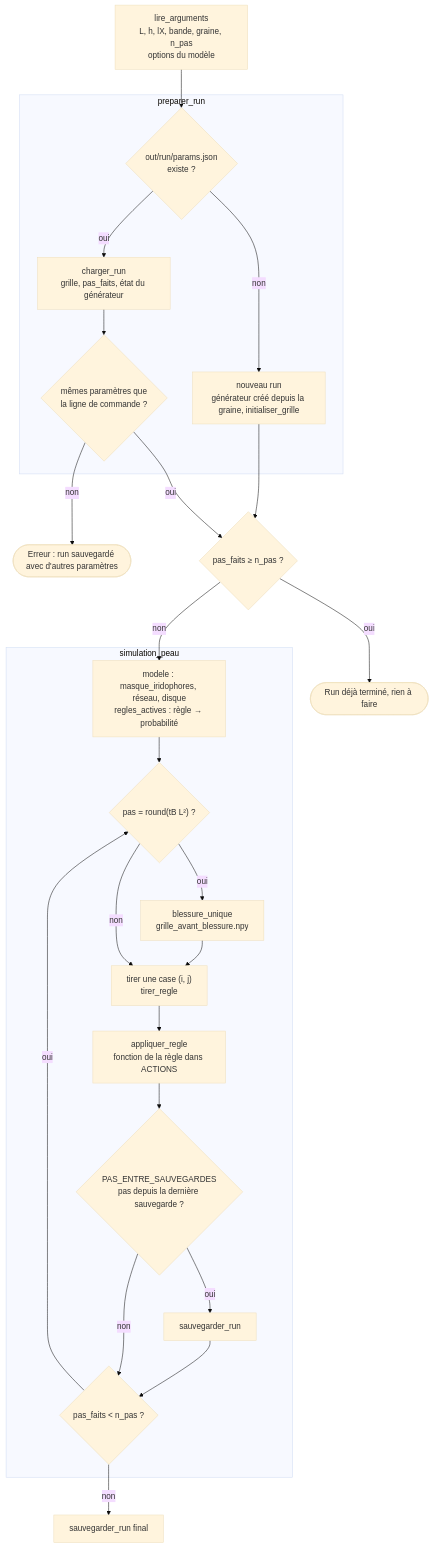
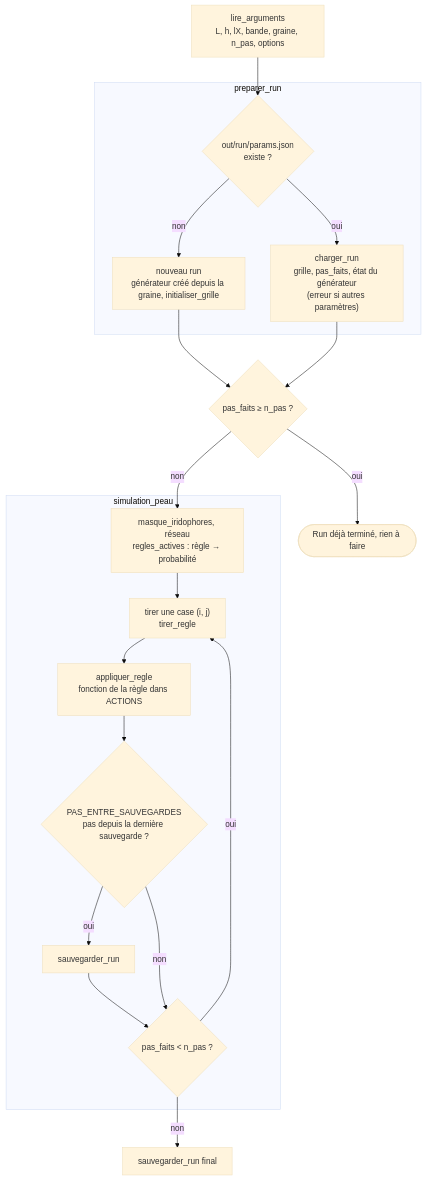
The third of 4 diagrams in slurm_pipeline/doc/architecture.md (Spc-Marcus/BIO-DYN-projet), drawn with Mermaid (base theme) before and after one commit. The commit also changed other lines of this file and 7 other files, not shown here.

````diff
--- a/slurm_pipeline/doc/architecture.md
+++ b/slurm_pipeline/doc/architecture.md
@@ -97,45 +97,36 @@
 ```mermaid
 flowchart TD
-    A["lire_arguments<br/>L, h, lX, bande, graine, n_pas<br/>options du modèle"]
+    A["lire_arguments<br/>L, h, lX, bande, graine, n_pas, options"]
 
     subgraph Prep["preparer_run"]
         B{"out/run/params.json<br/>existe ?"}
         C["nouveau run<br/>générateur créé depuis la graine, initialiser_grille"]
-        D["charger_run<br/>grille, pas_faits, état du générateur"]
-        V{"mêmes paramètres que<br/>la ligne de commande ?"}
+        D["charger_run<br/>grille, pas_faits, état du générateur<br/>(erreur si autres paramètres)"]
         B -->|"non"| C
-        B -->|"oui"| D --> V
+        B -->|"oui"| D
     end
 
-    ER(["Erreur : run sauvegardé avec d'autres paramètres"])
     E{"pas_faits ≥ n_pas ?"}
     Z(["Run déjà terminé, rien à faire"])
 
     subgraph Boucle["simulation_peau"]
-        MK["modele : masque_iridophores, réseau, disque<br/>regles_actives : règle → probabilité"]
-        BU{"pas = round(tB L²) ?"}
-        BL["blessure_unique<br/>grille_avant_blessure.npy"]
+        MK["masque_iridophores, réseau<br/>regles_actives : règle → probabilité"]
         T["tirer une case (i, j)<br/>tirer_regle"]
         AP["appliquer_regle<br/>fonction de la règle dans ACTIONS"]
         SV{"PAS_ENTRE_SAUVEGARDES<br/>pas depuis la dernière sauvegarde ?"}
         SR["sauvegarder_run"]
         FIN{"pas_faits < n_pas ?"}
-        MK --> BU
-        BU -->|"oui"| BL --> T
-        BU -->|"non"| T
-        T --> AP --> SV
+        MK --> T --> AP --> SV
         SV -->|"oui"| SR --> FIN
         SV -->|"non"| FIN
-        FIN -->|"oui"| BU
+        FIN -->|"oui"| T
     end
 
     F["sauvegarder_run final"]
 
     A --> B
-    V -->|"non"| ER
-    C --> E
-    V -->|"oui"| E
+    C & D --> E
     E -->|"oui"| Z
     E -->|"non"| MK
     FIN -->|"non"| F
 ```
````
